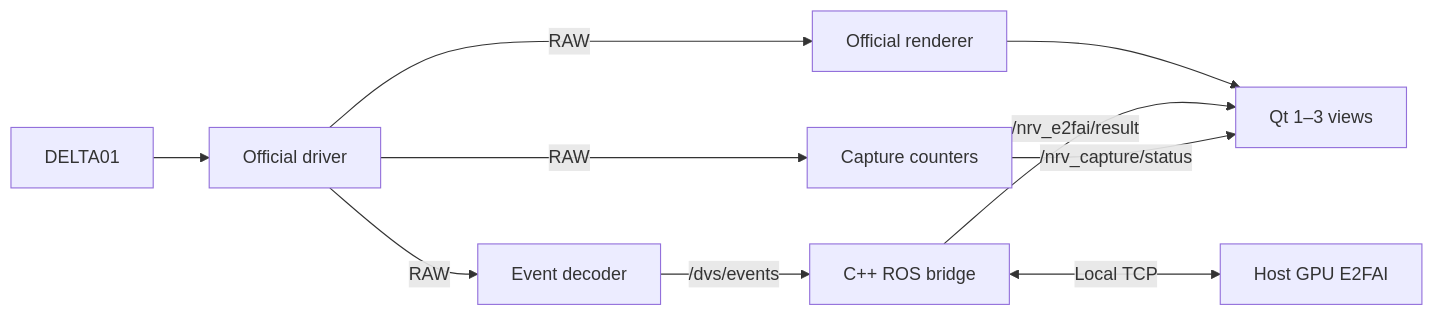
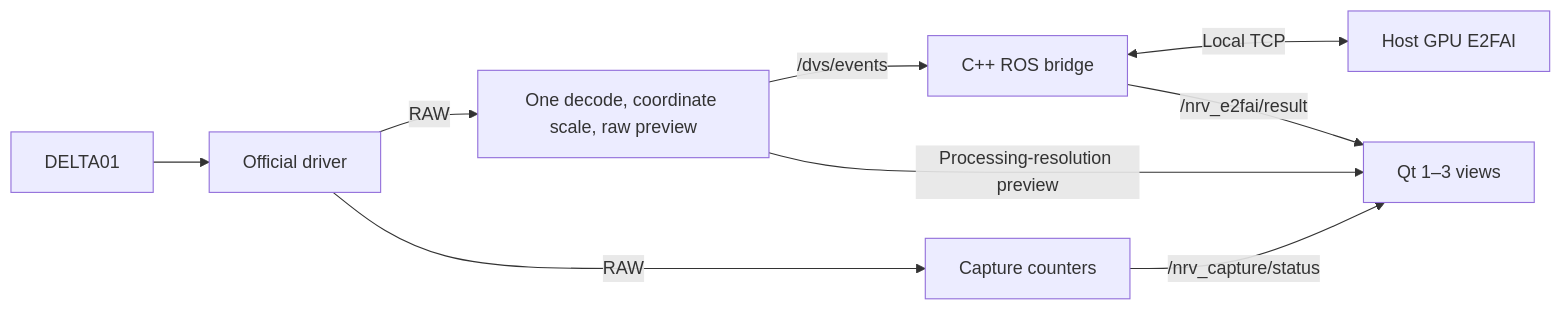
One commit to lixiang-moss/NRV_Demo changed the diagram in README.md. Above: the diagram before and after it, drawn with Mermaid. The commit also changed other lines of this file and 22 other files, not shown here.

````diff
--- a/README.md
+++ b/README.md
@@ -73,12 +89,11 @@
 ```mermaid
 flowchart LR
   Camera[DELTA01] --> Driver[Official driver]
-  Driver -->|RAW| Renderer[Official renderer]
-  Driver -->|RAW| Adapter[Event decoder]
+  Driver -->|RAW| Adapter[One decode, coordinate scale, raw preview]
   Driver -->|RAW| Monitor[Capture counters]
   Adapter -->|/dvs/events| Bridge[C++ ROS bridge]
   Bridge <-->|Local TCP| Model[Host GPU E2FAI]
-  Renderer --> GUI[Qt 1–3 views]
+  Adapter -->|Processing-resolution preview| GUI[Qt 1–3 views]
   Bridge -->|/nrv_e2fai/result| GUI
   Monitor -->|/nrv_capture/status| GUI
 ```
````
